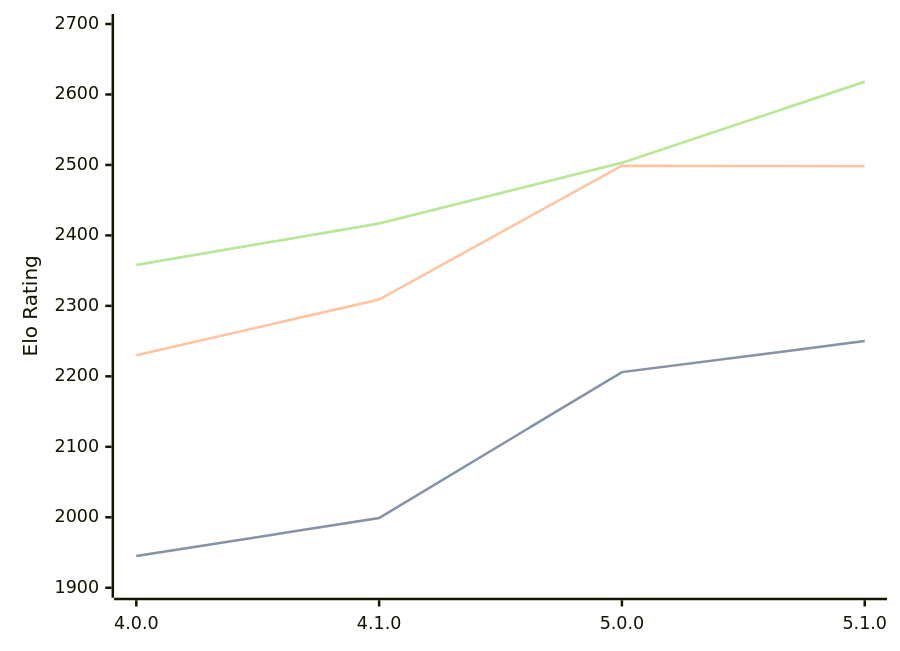
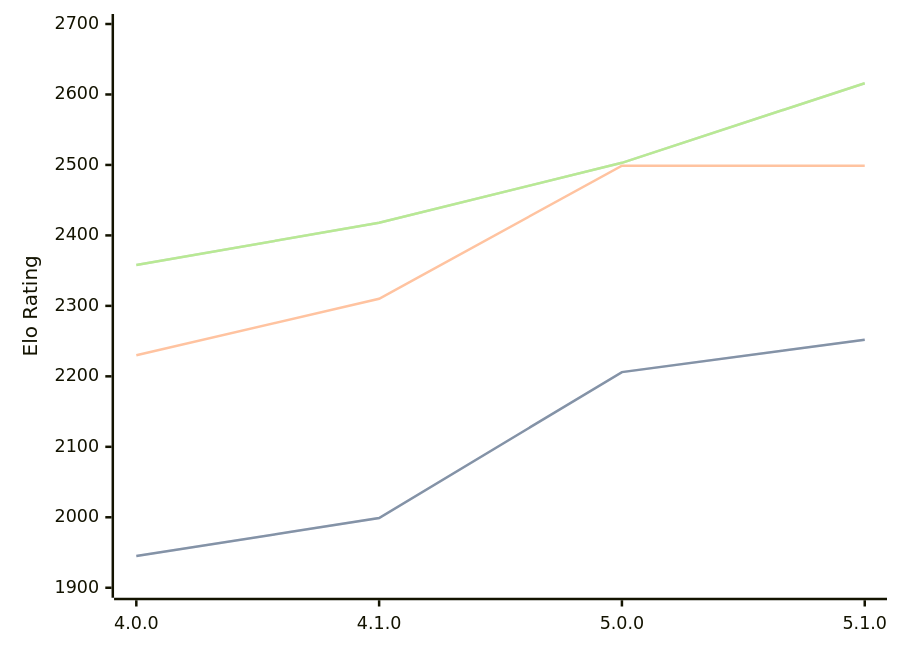
Before and after one commit to computer-chess-index/cci: the diagram in engines/Aconcagua.md, drawn with Mermaid. The commit also changed other lines of this file, not shown here.

Commit message:
Update CCI Ratings (ELO VLTC) - 2026-05-14

````diff
--- a/engines/Aconcagua.md
+++ b/engines/Aconcagua.md
@@ -43,11 +43,11 @@
 ```mermaid
 %%{init: {"theme":"base","themeVariables":{"seriesColors:['#a3a3a3','#222221','#faa371']}}}%%
 xychart-beta
   x-axis ["4.0.0", "4.1.0", "5.0.0", "5.1.0"]
   y-axis "Elo Rating" 1900 --> 2700
-  line "STC (8.0+0.08s)" [1945, 1999, 2206, 2250]
-  line "STC (8.0+0.08s)" [1945, 1999, 2206, 2250]
-  line "LTC (60.0+0.60s)" [2230, 2309, 2499, 2498]
-  line "VLTC (2m24s+1.12s)" [2358, 2417, 2503, 2618]
-  line "VLTC (2m24s+1.12s)" [2358, 2417, 2503, 2618]
+  line "STC (8.0+0.08s)" [1945, 1999, 2206, 2252]
+  line "STC (8.0+0.08s)" [1945, 1999, 2206, 2252]
+  line "LTC (60.0+0.60s)" [2230, 2310, 2499, 2499]
+  line "VLTC (2m24s+1.12s)" [2358, 2418, 2503, 2616]
+  line "VLTC (2m24s+1.12s)" [2358, 2418, 2503, 2616]
 ```
````
